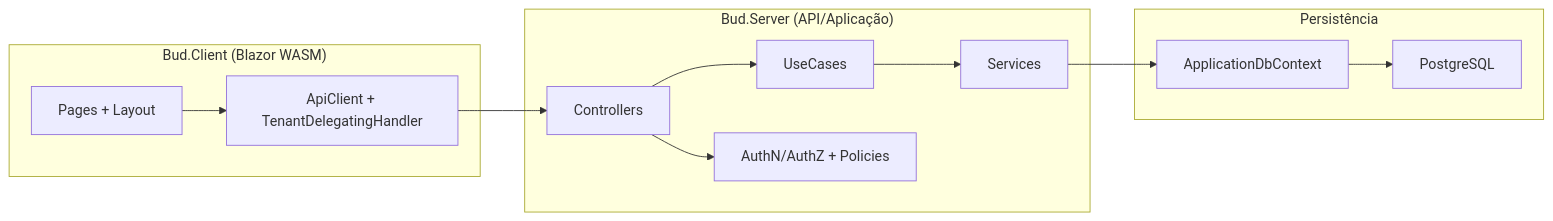
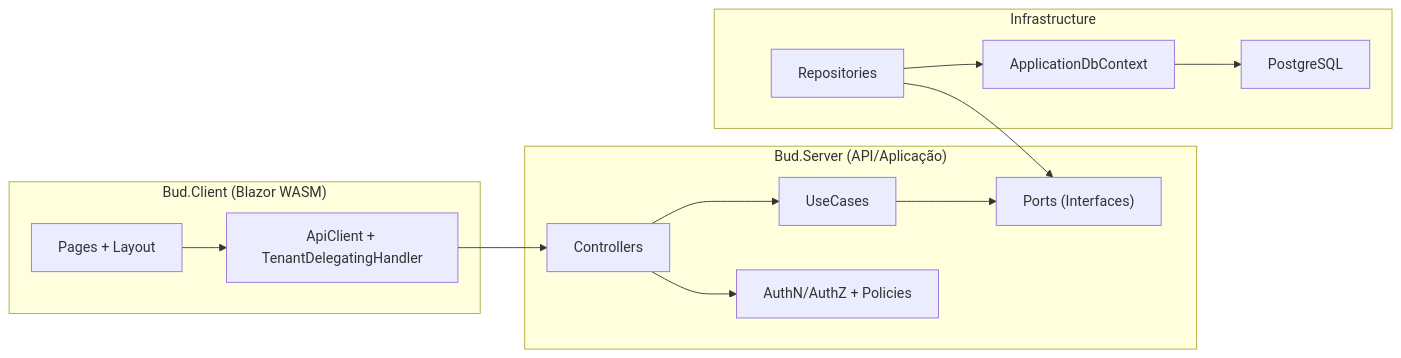
The eighth of 10 diagrams in README.md (dsbraz/bud), drawn with Mermaid before and after one commit. The commit also changed other lines of this file and 9 other files, not shown here.

First line of the commit message:
docs(architecture): align ADR and guidelines with clean architecture migration

````diff
--- a/README.md
+++ b/README.md
@@ -285,27 +295,29 @@
 ```mermaid
 flowchart LR
     subgraph Client["Bud.Client (Blazor WASM)"]
       UI["Pages + Layout"]
       ApiClient["ApiClient + TenantDelegatingHandler"]
     end
 
     subgraph Api["Bud.Server (API/Aplicação)"]
       Controllers["Controllers"]
       UseCases["UseCases"]
-      Services["Services"]
+      Ports["Ports (Interfaces)"]
       Authz["AuthN/AuthZ + Policies"]
     end
 
-    subgraph Dados["Persistência"]
+    subgraph Infra["Infrastructure"]
+      Repos["Repositories"]
       Db["ApplicationDbContext"]
       Pg["PostgreSQL"]
     end
 
     UI --> ApiClient
     ApiClient --> Controllers
     Controllers --> UseCases
-    UseCases --> Services
+    UseCases --> Ports
+    Repos --> Ports
     Controllers --> Authz
-    Services --> Db
+    Repos --> Db
     Db --> Pg
 ```
````
